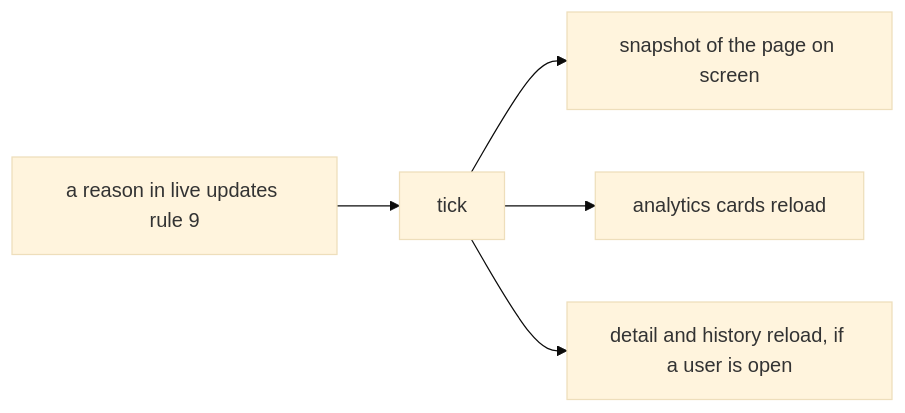
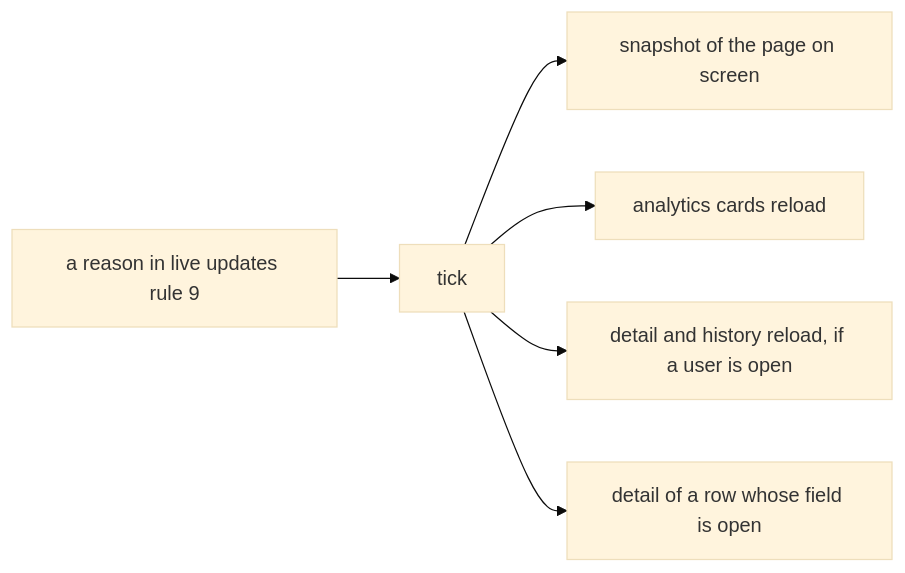
One commit to M4xP4s/bouncer-dashboard changed the diagram in docs/specs/dashboard.md. Above: the diagram before and after it, drawn with Mermaid (base theme). The commit also changed other lines of this file and 50 other files, not shown here.

````diff
--- a/docs/specs/dashboard.md
+++ b/docs/specs/dashboard.md
@@ -94,7 +133,8 @@
 ```mermaid
 flowchart LR
   T["a reason in live updates rule 9"] --> K["tick"]
   K --> S["snapshot of the page on screen"]
   K --> C["analytics cards reload"]
   K --> D["detail and history reload, if a user is open"]
+  K --> F["detail of a row whose field is open"]
 ```
````
